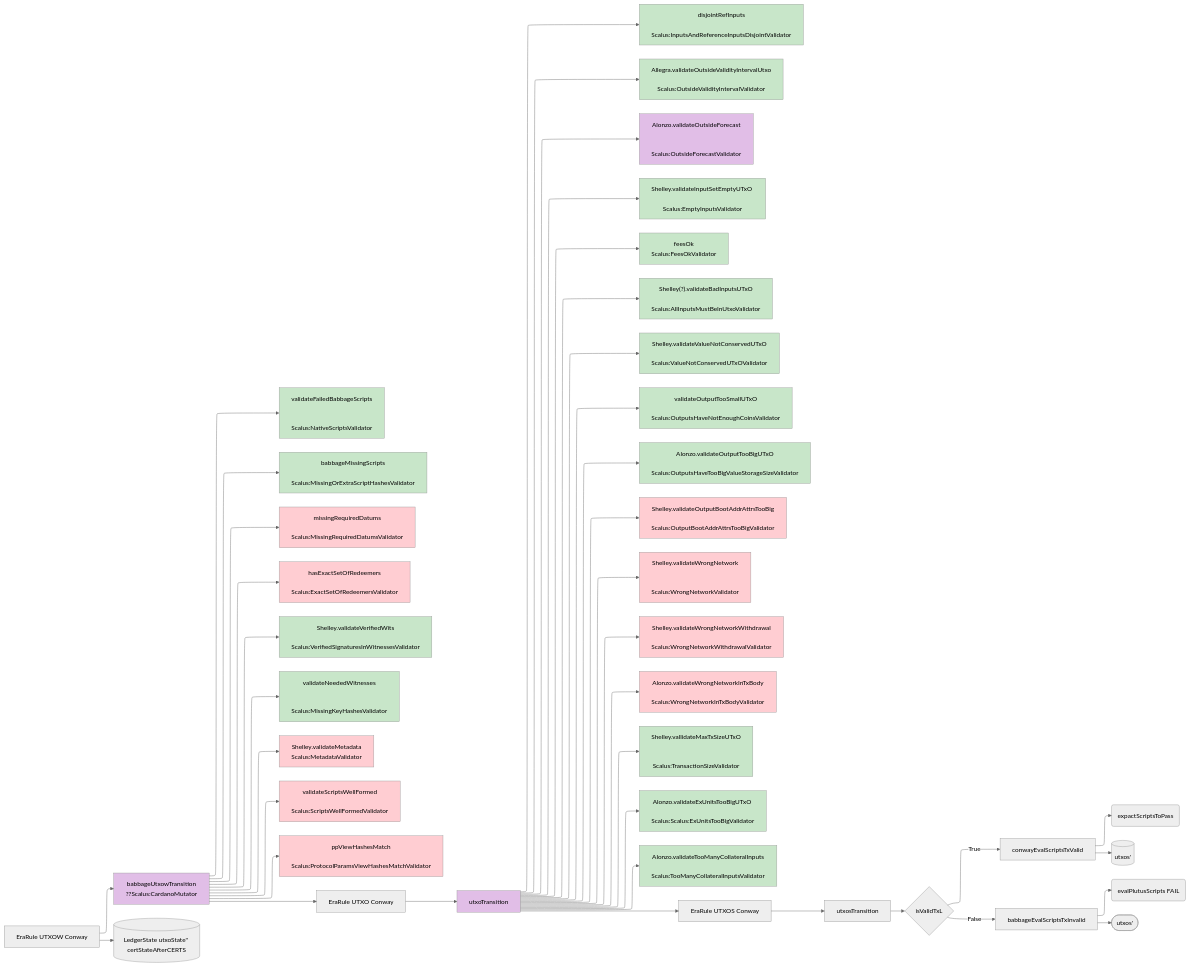
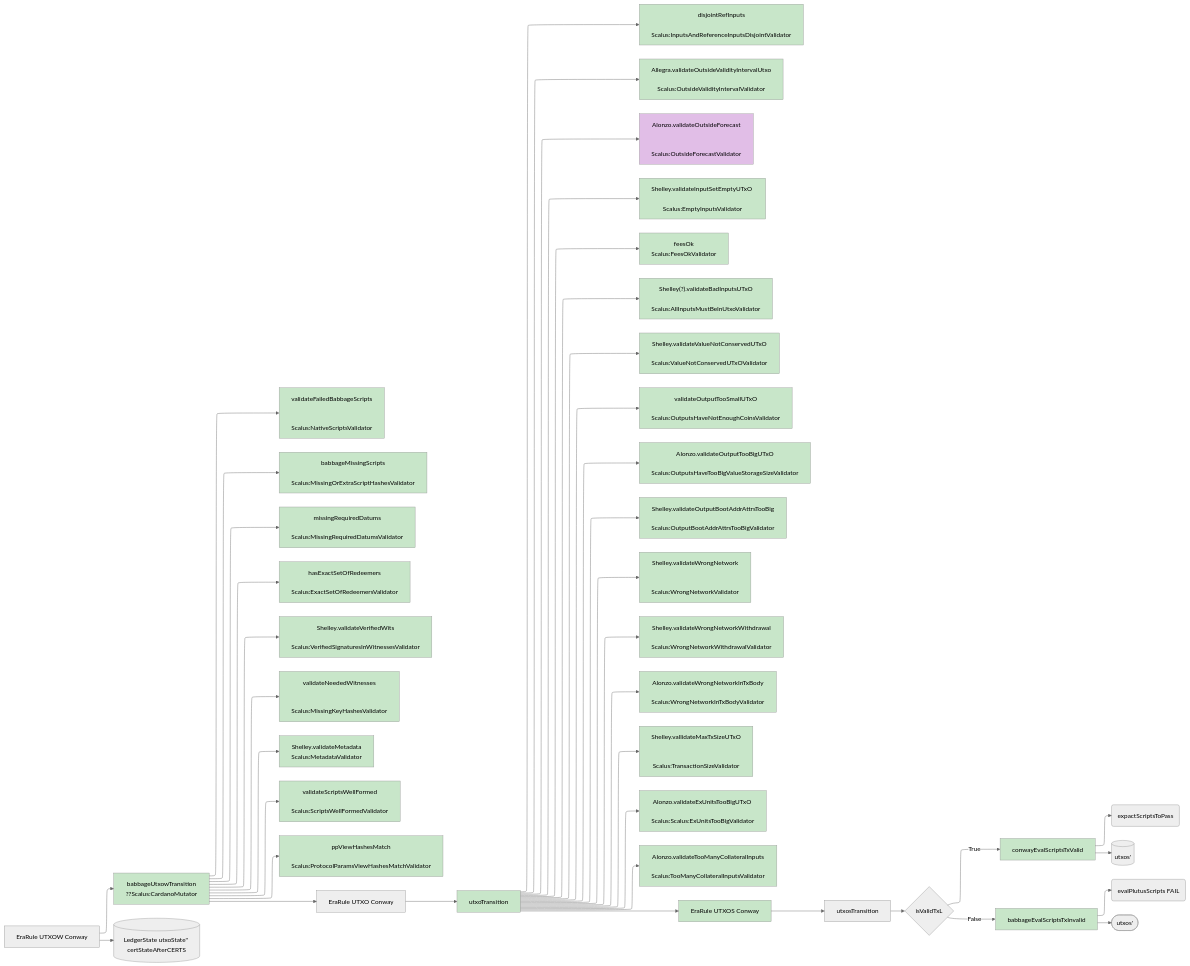
One commit to nau/scalus changed the diagram in scalus-site/content/ledger/ledger-rules.mdx. Above: the diagram before and after it, drawn with Mermaid (neutral theme). The commit also changed 1 other file, not shown here.

Commit message:
site: new link to Scalus club, ledger rules implementation map

````diff
--- a/scalus-site/content/ledger/ledger-rules.mdx
+++ b/scalus-site/content/ledger/ledger-rules.mdx
@@ -13,78 +13,78 @@
 ```mermaid
 ---
 config:
   
   layout: elk
 ---
 flowchart LR
 EUC[EraRule UTXOW Conway]
     EUC --> babbageUtxowTransition["babbageUtxowTransition
-                                    ??Scalus:CardanoMutator"]:::question
+                                    ??Scalus:CardanoMutator"]:::done
         babbageUtxowTransition --> validateFailedBabbageScripts["validateFailedBabbageScripts
                                                                 Scalus:NativeScriptsValidator"]:::done
         babbageUtxowTransition --> babbageMissingScripts["babbageMissingScripts
                                                         Scalus:MissingOrExtraScriptHashesValidator"]:::done
         babbageUtxowTransition --> missingRequiredDatums["missingRequiredDatums
-                                                        Scalus:MissingRequiredDatumsValidator"]:::todo
+                                                        Scalus:MissingRequiredDatumsValidator"]:::done
         babbageUtxowTransition --> hasExactSetOfRedeemers["hasExactSetOfRedeemers
-                                                        Scalus:ExactSetOfRedeemersValidator"]:::todo
+                                                        Scalus:ExactSetOfRedeemersValidator"]:::done
         babbageUtxowTransition --> validateVerifiedWits["Shelley.validateVerifiedWits
                                                         Scalus:VerifiedSignaturesInWitnessesValidator"]:::done
         babbageUtxowTransition --> validateNeededWitnesses["validateNeededWitnesses
                                                             Scalus:MissingKeyHashesValidator"]:::done
         babbageUtxowTransition --> validateMetadata["Shelley.validateMetadata
-                                                    Scalus:MetadataValidator"]:::todo
+                                                    Scalus:MetadataValidator"]:::done
         babbageUtxowTransition --> validateScriptsWellFormed["validateScriptsWellFormed
-                                                    Scalus:ScriptsWellFormedValidator"]:::todo
+                                                    Scalus:ScriptsWellFormedValidator"]:::done
         babbageUtxowTransition --> ppViewHashesMatch["ppViewHashesMatch
-                                                    Scalus:ProtocolParamsViewHashesMatchValidator"]:::todo
+                                                    Scalus:ProtocolParamsViewHashesMatchValidator"]:::done
         babbageUtxowTransition --> EUTXOC[EraRule UTXO Conway]
-            EUTXOC --> utxoTransition:::question
+            EUTXOC --> utxoTransition:::done
                 utxoTransition --> disjointRefInputs["disjointRefInputs
                                                     Scalus:InputsAndReferenceInputsDisjointValidator"]:::done
                 utxoTransition --> validateOutsideValidityIntervalUtxo["Allegra.validateOutsideValidityIntervalUtxo
                                                                         Scalus:OutsideValidityIntervalValidator"]:::done
                 utxoTransition --> validateOutsideForecast["Alonzo.validateOutsideForecast
                                                             Scalus:OutsideForecastValidator"]:::question
                 utxoTransition --> validateInputSetEmptyUTxO["Shelley.validateInputSetEmptyUTxO 
                                                             Scalus:EmptyInputsValidator"]:::done
                 utxoTransition --> feesOk["feesOk
                                         Scalus:FeesOkValidator"]:::done
                 utxoTransition --> validateBadInputsUTxO["Shelley(?).validateBadInputsUTxO
                                                         Scalus:AllInputsMustBeInUtxoValidator"]:::done
                 utxoTransition --> validateValueNotConservedUTxO["Shelley.validateValueNotConservedUTxO
                                                         Scalus:ValueNotConservedUTxOValidator"]:::done
                 utxoTransition --> validateOutputTooSmallUTxO["validateOutputTooSmallUTxO
                                                             Scalus:OutputsHaveNotEnoughCoinsValidator"]:::done
                 utxoTransition --> validateOutputTooBigUTxO["Alonzo.validateOutputTooBigUTxO
                                                            Scalus:OutputsHaveTooBigValueStorageSizeValidator"]:::done 
                 utxoTransition --> validateOutputBootAddrAttrsTooBig["Shelley.validateOutputBootAddrAttrsTooBig
-                                                                    Scalus:OutputBootAddrAttrsTooBigValidator"]:::todo
+                                                                    Scalus:OutputBootAddrAttrsTooBigValidator"]:::done
                 utxoTransition --> validateWrongNetwork["Shelley.validateWrongNetwork
-                                                        Scalus:WrongNetworkValidator"]:::todo
+                                                        Scalus:WrongNetworkValidator"]:::done
                 utxoTransition --> validateWrongNetworkWithdrawal["Shelley.validateWrongNetworkWithdrawal
-                                                                Scalus:WrongNetworkWithdrawalValidator"]:::todo
+                                                                Scalus:WrongNetworkWithdrawalValidator"]:::done
                 utxoTransition --> validateWrongNetworkInTxBody["Alonzo.validateWrongNetworkInTxBody
-                                                                Scalus:WrongNetworkInTxBodyValidator"]:::todo
+                                                                Scalus:WrongNetworkInTxBodyValidator"]:::done
                 utxoTransition --> validateMaxTxSizeUTxO["Shelley.vallidateMaxTxSizeUTxO
                                                                 Scalus:TransactionSizeValidator"]:::done
                 utxoTransition --> validateExUnitsTooBigUTxO["Alonzo.validateExUnitsTooBigUTxO 
                                                             Scalus:Scalus:ExUnitsTooBigValidator"]:::done
                 utxoTransition --> validateTooManyCollateralInputs["Alonzo.validateTooManyCollateralInputs
                                                                 Scalus:TooManyCollateralInputsValidator"]:::done
-                utxoTransition --> EUTXOSC[EraRule UTXOS Conway]
+                utxoTransition --> EUTXOSC[EraRule UTXOS Conway]:::done
                     EUTXOSC --> utxosTransition
                 utxosTransition --> isValidTxL{isValidTxL}
-                    isValidTxL --> |True| conwayEvalScriptsTxValid
+                    isValidTxL --> |True| conwayEvalScriptsTxValid:::done
                         conwayEvalScriptsTxValid --> expectScriptsToPass(expactScriptsToPass)
                         conwayEvalScriptsTxValid --> conwayEvalScriptsTxValidUtxosPrime[(utxos')]
-                    isValidTxL --> |False| babbageEvalScriptsTxInvalid
+                    isValidTxL --> |False| babbageEvalScriptsTxInvalid:::done
                         babbageEvalScriptsTxInvalid --> evalPlutusScripts(evalPlutusScripts FAIL)
                         babbageEvalScriptsTxInvalid --> babbageEvalScriptsTxInvalidUtxosPrime([utxos'])
     EUC --> LedgerState[(LedgerState utxoState'' certStateAfterCERTS)]
 
     classDef todo  fill:#FFCDD2
     classDef wip  fill:#FFE0B2
     classDef question fill:#E1BEE7
     classDef done  fill:#C8E6C9
 ```
````
